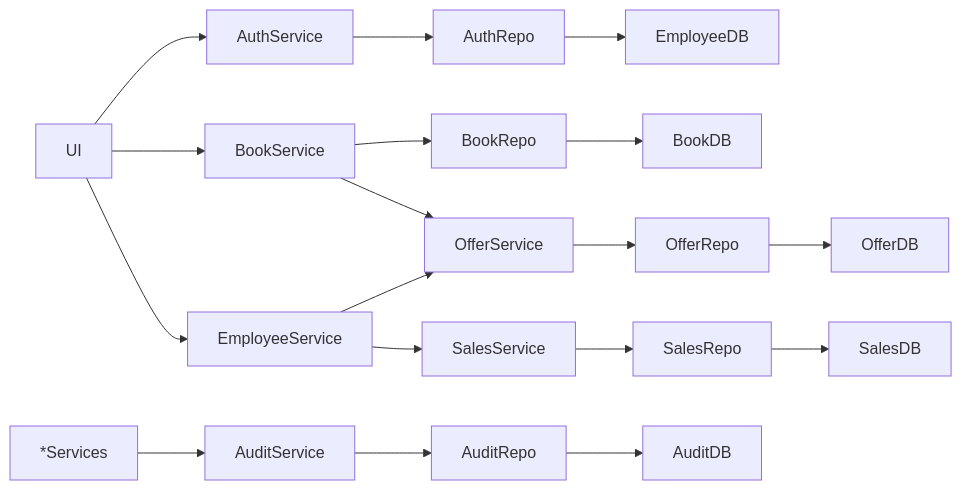
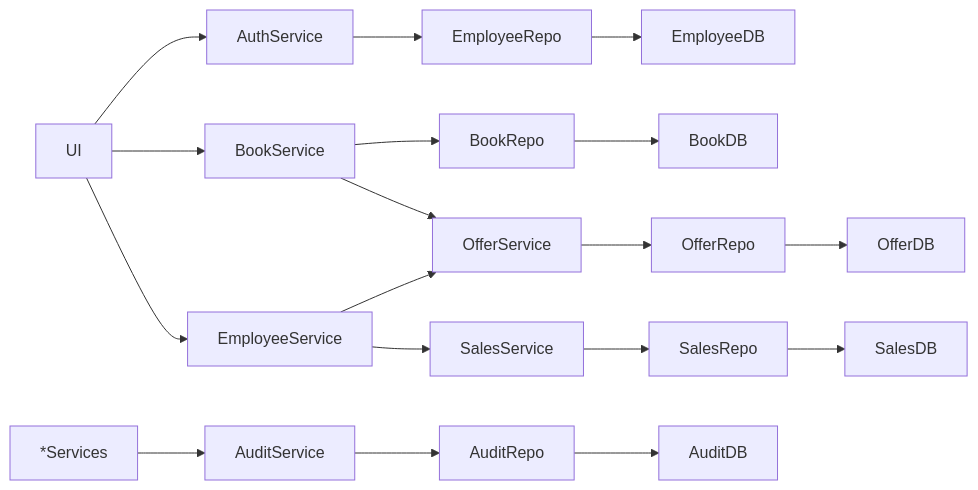
The first of 10 diagrams in docs/high_level_architecture.md (Apameus/Bookly), drawn with Mermaid before and after one commit. The commit also changed other lines of this file and 1 other file, not shown here.

````diff
--- a/docs/high_level_architecture.md
+++ b/docs/high_level_architecture.md
@@ -2,10 +2,10 @@
 ```mermaid
 flowchart LR
-    UI --> AS[AuthService] --> AR[AuthRepo] --> EDB[EmployeeDB]
+    UI --> AS[AuthService] --> ER[EmployeeRepo] --> EDB[EmployeeDB]
     UI --> BS[BookService] --> BR[BookRepo] --> BDB[BookDB]
     BS --> OS
+    UI --> ES[EmployeeService] --> SS[SalesService] --> SR[SalesRepo] --> SDB[SalesDB]
     ES --> OS[OfferService] --> OR[OfferRepo] --> ODB[OfferDB]
-    UI --> ES[EmployeeService] --> SS[SalesService] --> SR[SalesRepo] --> SDB[SalesDB]
     
     *Services --> AUS[AuditService] --> AUR[AuditRepo] --> ADB[AuditDB]
 ```
````
